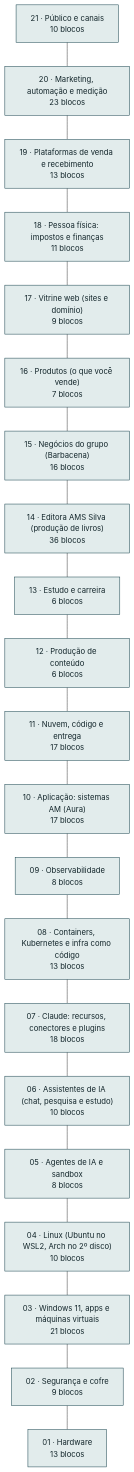
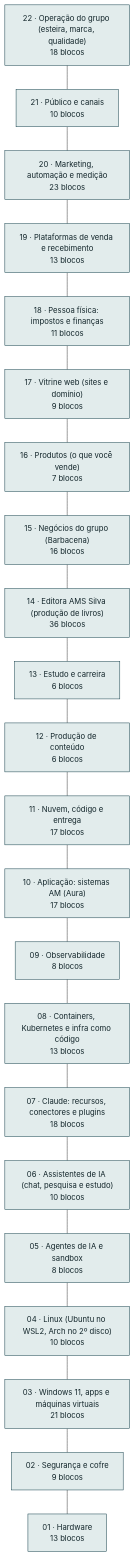
One commit to AlanMateus17/dev-setup changed the diagram in docs/arquitetura.md. Above: the diagram before and after it, drawn with Mermaid. The commit also changed other lines of this file and 34 other files, not shown here.

First line of the commit message:
feat: operação do grupo e portfólio único de ofertas

````diff
--- a/docs/arquitetura.md
+++ b/docs/arquitetura.md
@@ -10,46 +10,48 @@
 ```mermaid
 flowchart TB
+  L_oper["22 · Operação do grupo (esteira, marca, qualidade)<br/>18 blocos"]
   L_pub["21 · Público e canais<br/>10 blocos"]
   L_mkt["20 · Marketing, automação e medição<br/>23 blocos"]
   L_venda["19 · Plataformas de venda e recebimento<br/>13 blocos"]
   L_emp["18 · Pessoa física: impostos e finanças<br/>11 blocos"]
   L_web["17 · Vitrine web (sites e domínio)<br/>9 blocos"]
   L_prod["16 · Produtos (o que você vende)<br/>7 blocos"]
   L_neg["15 · Negócios do grupo (Barbacena)<br/>16 blocos"]
   L_editora["14 · Editora AMS Silva (produção de livros)<br/>36 blocos"]
   L_est["13 · Estudo e carreira<br/>6 blocos"]
   L_cont["12 · Produção de conteúdo<br/>6 blocos"]
   L_nuvem["11 · Nuvem, código e entrega<br/>17 blocos"]
   L_app["10 · Aplicação: sistemas AM (Aura)<br/>17 blocos"]
   L_obs["09 · Observabilidade<br/>8 blocos"]
   L_cnt["08 · Containers, Kubernetes e infra como código<br/>13 blocos"]
   L_clc["07 · Claude: recursos, conectores e plugins<br/>18 blocos"]
   L_chat["06 · Assistentes de IA (chat, pesquisa e estudo)<br/>10 blocos"]
   L_ia["05 · Agentes de IA e sandbox<br/>8 blocos"]
   L_lin["04 · Linux (Ubuntu no WSL2, Arch no 2º disco)<br/>10 blocos"]
   L_win["03 · Windows 11, apps e máquinas virtuais<br/>21 blocos"]
   L_seg["02 · Segurança e cofre<br/>9 blocos"]
   L_hw["01 · Hardware<br/>13 blocos"]
+  L_oper --- L_pub
   L_pub --- L_mkt
   L_mkt --- L_venda
   L_venda --- L_emp
   L_emp --- L_web
   L_web --- L_prod
   L_prod --- L_neg
   L_neg --- L_editora
   L_editora --- L_est
   L_est --- L_cont
   L_cont --- L_nuvem
   L_nuvem --- L_app
   L_app --- L_obs
   L_obs --- L_cnt
   L_cnt --- L_clc
   L_clc --- L_chat
   L_chat --- L_ia
   L_ia --- L_lin
   L_lin --- L_win
   L_win --- L_seg
   L_seg --- L_hw
   classDef cam fill:#e2ecec,stroke:#0e3a45,color:#13262b
-  class L_pub,L_mkt,L_venda,L_emp,L_web,L_prod,L_neg,L_editora,L_est,L_cont,L_nuvem,L_app,L_obs,L_cnt,L_clc,L_chat,L_ia,L_lin,L_win,L_seg,L_hw cam
+  class L_oper,L_pub,L_mkt,L_venda,L_emp,L_web,L_prod,L_neg,L_editora,L_est,L_cont,L_nuvem,L_app,L_obs,L_cnt,L_clc,L_chat,L_ia,L_lin,L_win,L_seg,L_hw cam
 ```
````
